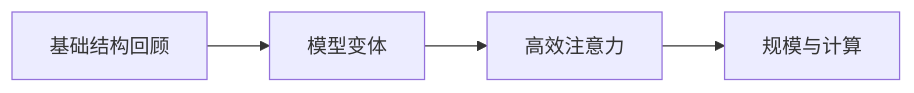
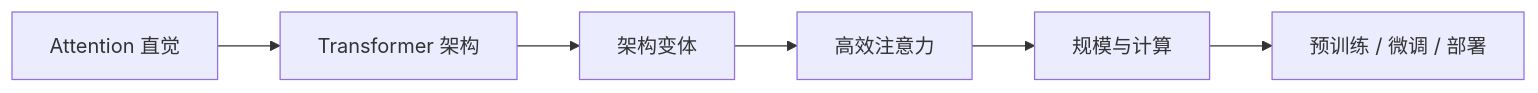
The first of 2 diagrams in docs/stage8a/ch03-transformer-deep/00-roadmap.md (oudbiao/AI-fullstack-course), drawn with Mermaid before and after one commit. The commit also changed other lines of this file and 13 other files, not shown here.

````diff
--- a/docs/stage8a/ch03-transformer-deep/00-roadmap.md
+++ b/docs/stage8a/ch03-transformer-deep/00-roadmap.md
@@ -16,6 +18,8 @@
 ```mermaid
 flowchart LR
-    A["基础结构回顾"] --> B["模型变体"]
-    B --> C["高效注意力"]
-    C --> D["规模与计算"]
+  A[Attention 直觉] --> B[Transformer 架构]
+  B --> C[架构变体]
+  C --> D[高效注意力]
+  D --> E[规模与计算]
+  E --> F[预训练 / 微调 / 部署]
 ```
````
